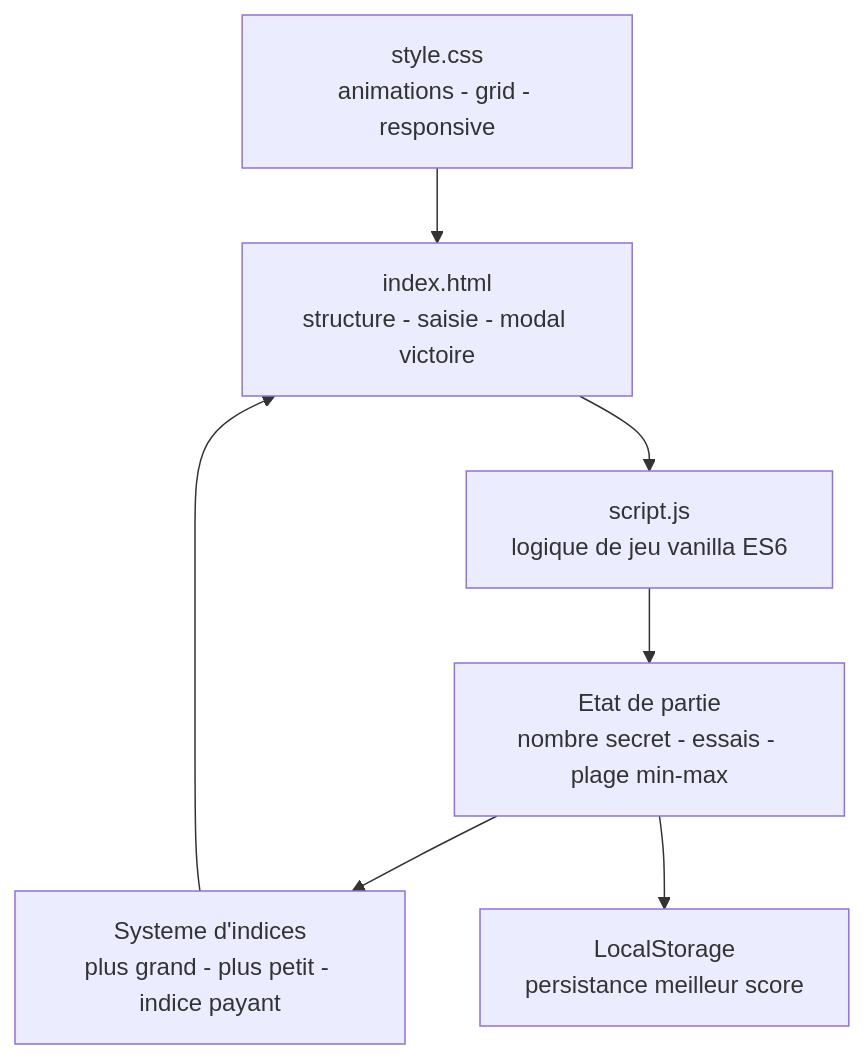
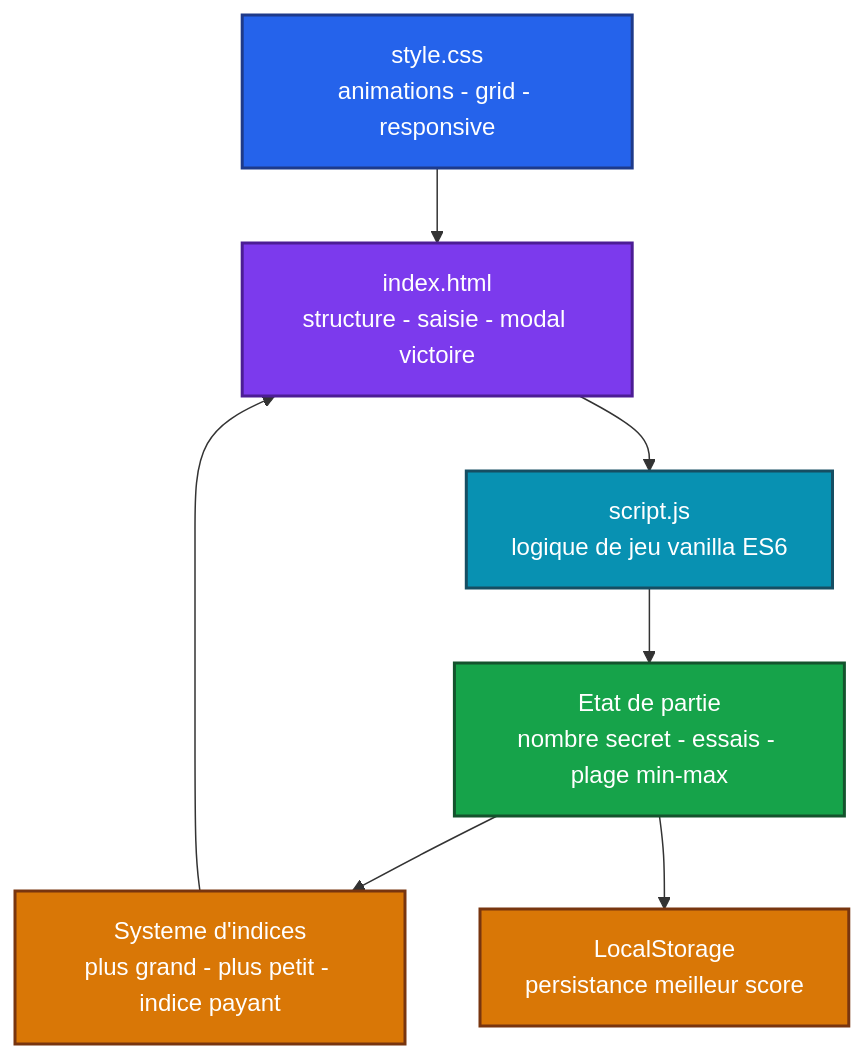
The diagram in README.md (Adam-Blf/Guess-The-Number), drawn with Mermaid before and after one commit.

Commit message:
docs: add colors to mermaid diagrams (#3)
Each node gets a palette class (by subgraph or by flow depth), subgraphs are tinted, non-flowchart diagrams use a colored base theme. Validated by rendering every diagram before and after.

````diff
--- a/README.md
+++ b/README.md
@@ -21,15 +21,26 @@
 ```mermaid
 flowchart TB
     A["index.html<br/>structure - saisie - modal victoire"]
     B["style.css<br/>animations - grid - responsive"]
     C["script.js<br/>logique de jeu vanilla ES6"]
     D["Etat de partie<br/>nombre secret - essais - plage min-max"]
     E["Systeme d'indices<br/>plus grand - plus petit - indice payant"]
     F["LocalStorage<br/>persistance meilleur score"]
     A --> C
     B --> A
     C --> D
     D --> E
     E --> A
     D --> F
+
+    classDef c0 fill:#2563eb,stroke:#1e3a8a,stroke-width:2px,color:#ffffff
+    classDef c1 fill:#7c3aed,stroke:#4c1d95,stroke-width:2px,color:#ffffff
+    classDef c2 fill:#0891b2,stroke:#164e63,stroke-width:2px,color:#ffffff
+    classDef c3 fill:#16a34a,stroke:#14532d,stroke-width:2px,color:#ffffff
+    classDef c4 fill:#d97706,stroke:#78350f,stroke-width:2px,color:#ffffff
+    class B c0
+    class A c1
+    class C c2
+    class D c3
+    class E,F c4
 ```
````
